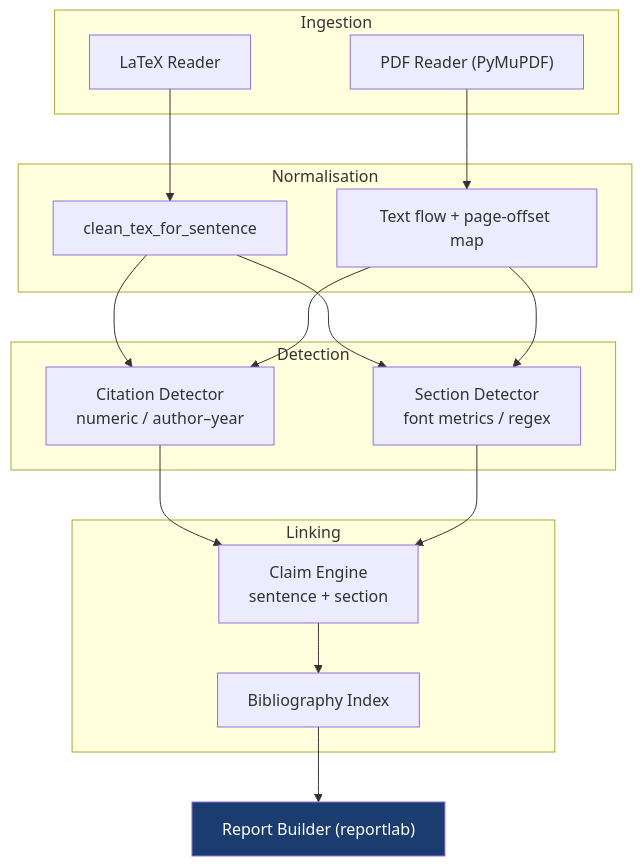
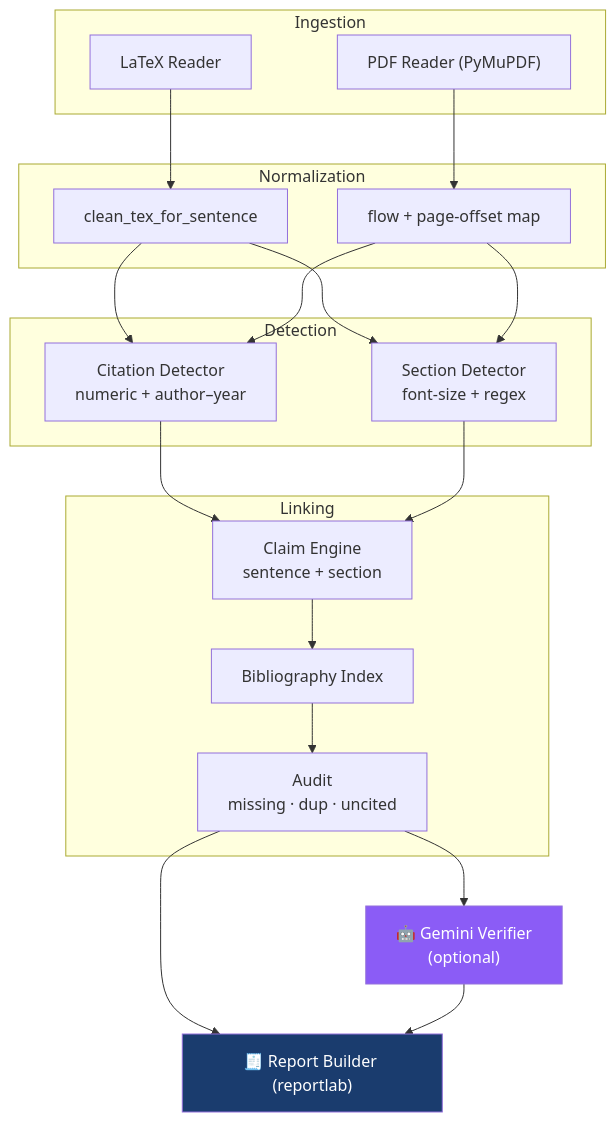
One commit to LunarLumos/ClaimRef changed the second of 2 diagrams in README.md. Above: the diagram before and after it, drawn with Mermaid. The commit also changed other lines of this file, not shown here.

````diff
--- a/README.md
+++ b/README.md
@@ -432,34 +410,33 @@
 ```mermaid
 flowchart TB
     subgraph Ingestion
         L["LaTeX Reader"]
         P["PDF Reader (PyMuPDF)"]
     end
-
-    subgraph Normalisation
+    subgraph Normalization
         CT["clean_tex_for_sentence"]
-        FT["Text flow + page‑offset map"]
+        FT["flow + page-offset map"]
     end
-
     subgraph Detection
-        CIT["Citation Detector<br/>numeric / author–year"]
-        SEC["Section Detector<br/>font metrics / regex"]
+        CIT["Citation Detector<br/>numeric + author–year"]
+        SEC["Section Detector<br/>font-size + regex"]
     end
-
     subgraph Linking
         BIB["Bibliography Index"]
         CLAIM["Claim Engine<br/>sentence + section"]
+        AUD["Audit<br/>missing · dup · uncited"]
     end
-
-    REP["Report Builder (reportlab)"]
+    VER["🤖 Gemini Verifier<br/>(optional)"]
+    REP["🧾 Report Builder (reportlab)"]
 
     L --> CT --> CIT
     P --> FT --> CIT
     CT --> SEC
     FT --> SEC
     CIT --> CLAIM
     SEC --> CLAIM
-    CLAIM --> BIB --> REP
-
+    CLAIM --> BIB --> AUD --> REP
+    AUD --> VER --> REP
     style REP fill:#1a3c6e,color:#fff
+    style VER fill:#8b5cf6,color:#fff
 ```
````
